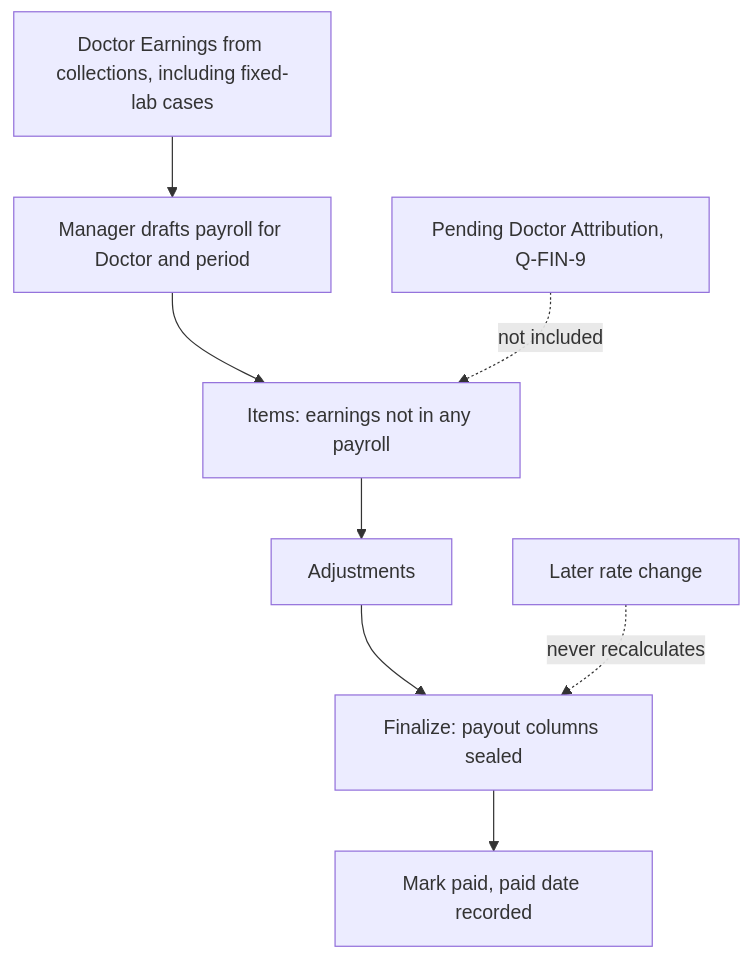
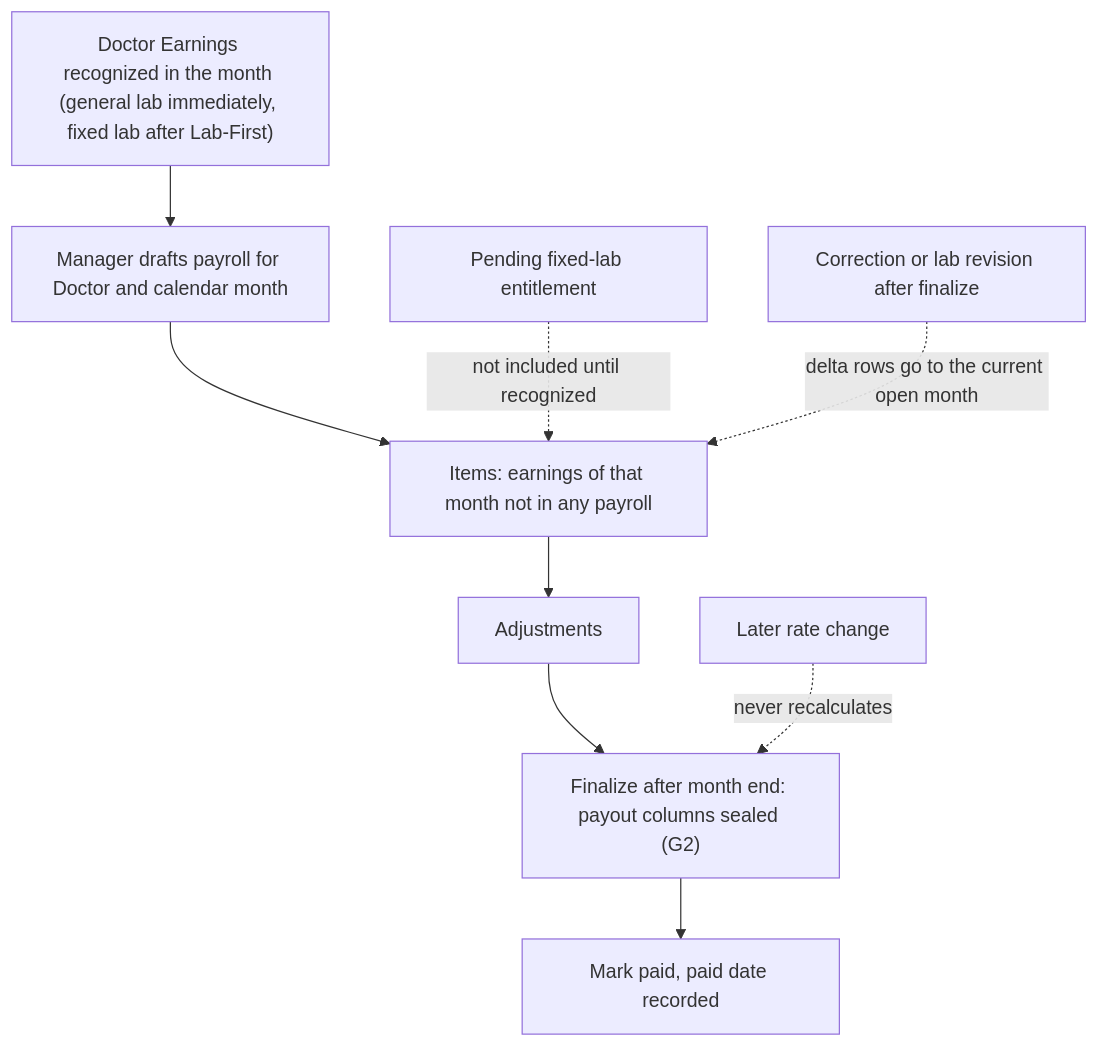
Before and after one commit to mostafaabdullah11/Dental-clinical-system: diagram 16 of 26 in docs/DIAGRAMS.md, drawn with Mermaid. The commit also changed other lines of this file and 51 other files, not shown here.

````diff
--- a/docs/DIAGRAMS.md
+++ b/docs/DIAGRAMS.md
@@ -450,10 +513,11 @@
 ```mermaid
 flowchart TD
-    DE["Doctor Earnings from collections, including fixed-lab cases"] --> SEL["Manager drafts payroll for Doctor and period"]
-    SEL --> IT["Items: earnings not in any payroll"]
+    DE["Doctor Earnings recognized in the month (general lab immediately, fixed lab after Lab-First)"] --> SEL["Manager drafts payroll for Doctor and calendar month"]
+    SEL --> IT["Items: earnings of that month not in any payroll"]
     IT --> ADJ["Adjustments"]
-    ADJ --> FINAL["Finalize: payout columns sealed"]
+    ADJ --> FINAL["Finalize after month end: payout columns sealed (G2)"]
     FINAL --> PAID["Mark paid, paid date recorded"]
-    PEND["Pending Doctor Attribution, Q-FIN-9"] -.->|"not included"| IT
+    PEN["Pending fixed-lab entitlement"] -.->|"not included until recognized"| IT
+    COR["Correction or lab revision after finalize"] -.->|"delta rows go to the current open month"| IT
     CHG["Later rate change"] -.->|"never recalculates"| FINAL
 ```
````
